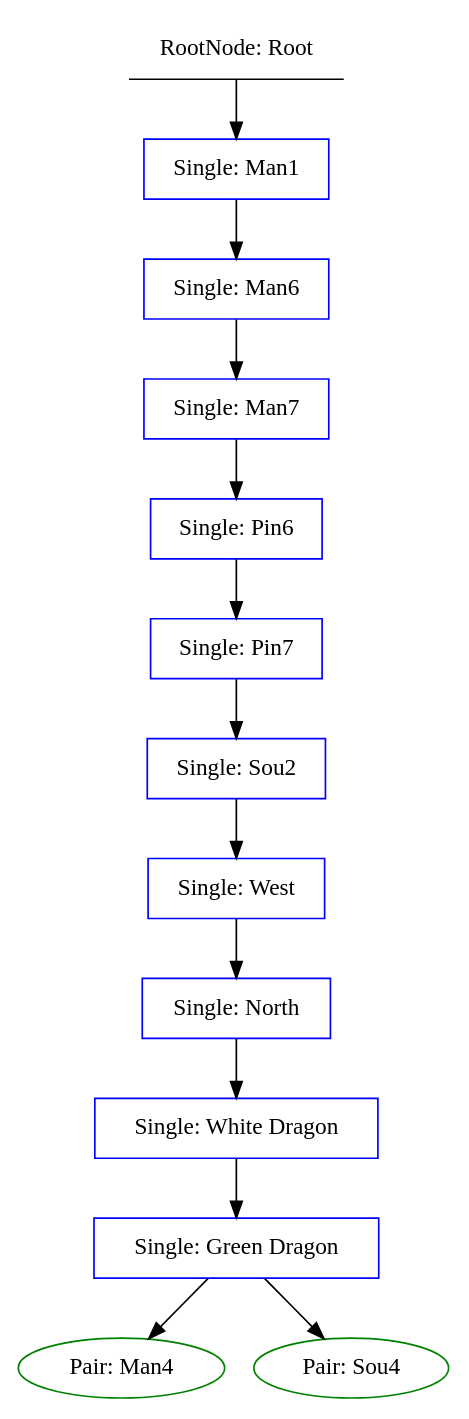
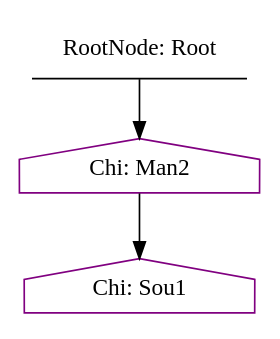
One commit to realliance/RiichiRoyale changed the diagram in tools/mahjongshuffle/hand.gv. Above: the diagram before and after it, drawn with Graphviz. The commit also changed 12 other files, not shown here.

```diff
--- a/tools/mahjongshuffle/hand.gv
+++ b/tools/mahjongshuffle/hand.gv
@@ -1,28 +1,8 @@
 digraph {
   0 [label="RootNode: Root",shape=underline,color=black];
-  1 [label="Single: Man1",shape=box,color=blue];
-  2 [label="Single: Man6",shape=box,color=blue];
-  3 [label="Single: Man7",shape=box,color=blue];
-  4 [label="Single: Pin6",shape=box,color=blue];
-  5 [label="Single: Pin7",shape=box,color=blue];
-  6 [label="Single: Sou2",shape=box,color=blue];
-  7 [label="Single: West",shape=box,color=blue];
-  8 [label="Single: North",shape=box,color=blue];
-  9 [label="Single: White Dragon",shape=box,color=blue];
-  10 [label="Single: Green Dragon",shape=box,color=blue];
-  11 [label="Pair: Man4",shape=oval,color=green];
-  12 [label="Pair: Sou4",shape=oval,color=green];
+  1 [label="Chi: Man2",shape=house,color=purple];
+  2 [label="Chi: Sou1",shape=house,color=purple];
 
   0 -> 1;
   1 -> 2;
-  2 -> 3;
-  3 -> 4;
-  4 -> 5;
-  5 -> 6;
-  6 -> 7;
-  7 -> 8;
-  8 -> 9;
-  9 -> 10;
-  10 -> 11;
-  10 -> 12;
 }
```
